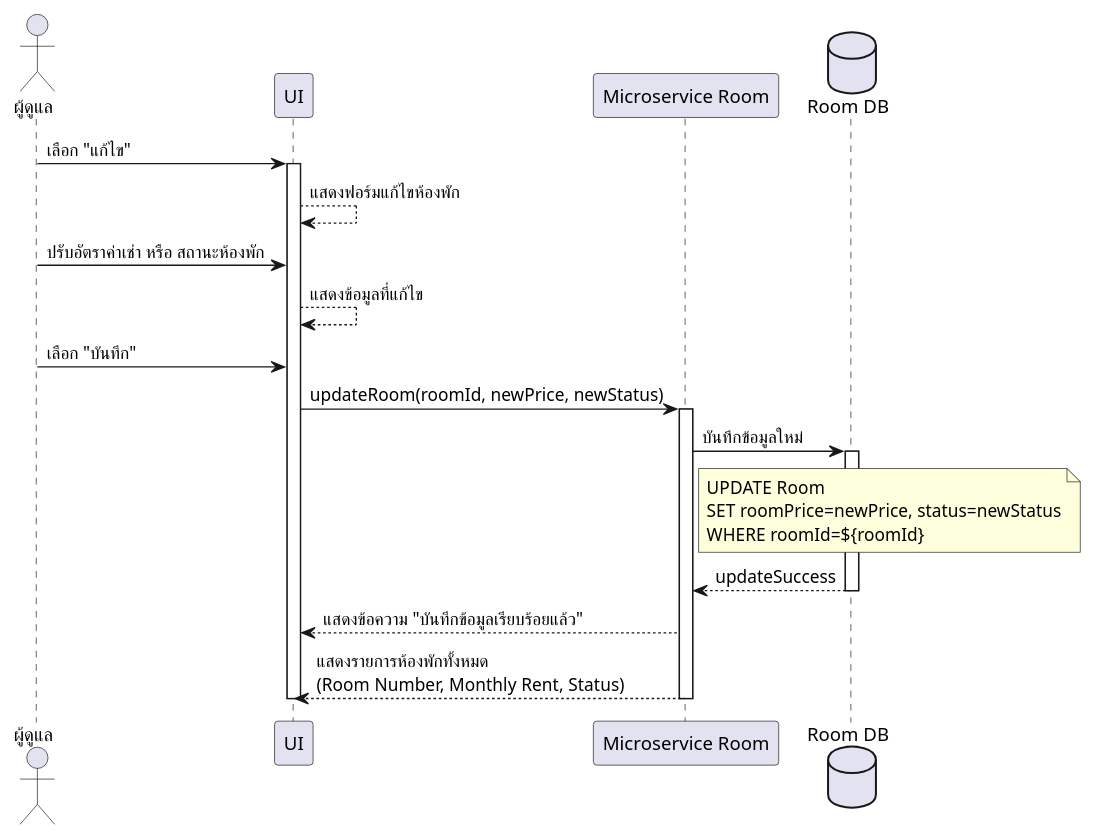
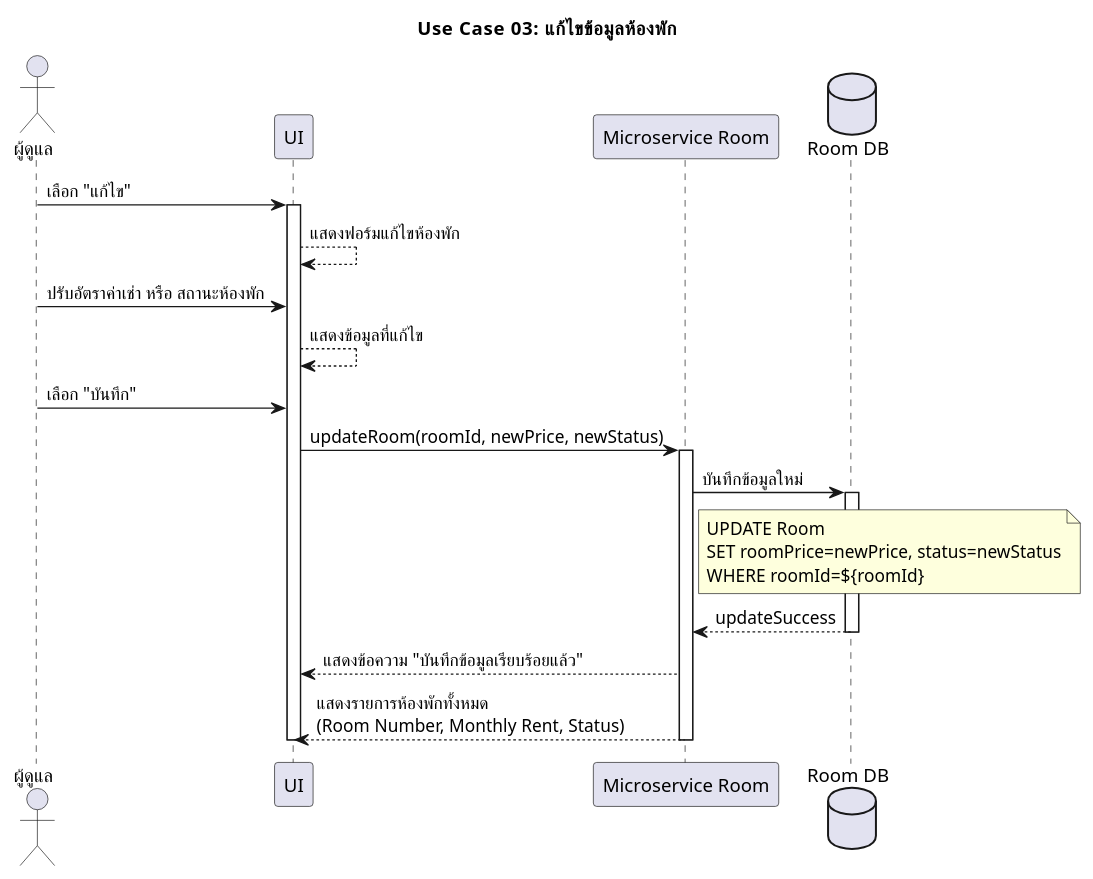
The diagram in usecase03_edit_room.plantuml (warinyang/UML-monthly-room-rent), drawn with PlantUML before and after one commit.

```diff
--- a/usecase03_edit_room.plantuml
+++ b/usecase03_edit_room.plantuml
@@ -1,41 +1,41 @@
 @startuml
 skinparam defaultFontName "TH Sarabun New"
-
+title Use Case 03: แก้ไขข้อมูลห้องพัก
 actor "ผู้ดูแล" as Admin
 participant "UI" as UI
 participant "Microservice Room" as MSROOM
 database "Room DB" as RoomDB
 
 
 Admin -> UI      : เลือก "แก้ไข"
 activate UI
 
 UI --> UI       : แสดงฟอร์มแก้ไขห้องพัก
 
 Admin -> UI      : ปรับอัตราค่าเช่า หรือ สถานะห้องพัก
 UI --> UI       : แสดงข้อมูลที่แก้ไข
 
 Admin -> UI      : เลือก "บันทึก"
 UI -> MSROOM    : updateRoom(roomId, newPrice, newStatus)
 activate MSROOM
 
 MSROOM -> RoomDB: บันทึกข้อมูลใหม่
 note right of  MSROOM
 UPDATE Room
 SET roomPrice=newPrice, status=newStatus
 WHERE roomId=${roomId}
 end note
 
 activate RoomDB
 
 
 RoomDB --> MSROOM: updateSuccess
 deactivate RoomDB
 
 MSROOM --> UI    : แสดงข้อความ "บันทึกข้อมูลเรียบร้อยแล้ว"
 MSROOM --> UI    : แสดงรายการห้องพักทั้งหมด\n(Room Number, Monthly Rent, Status)
 
 deactivate MSROOM
 deactivate UI
 
 @enduml
```
